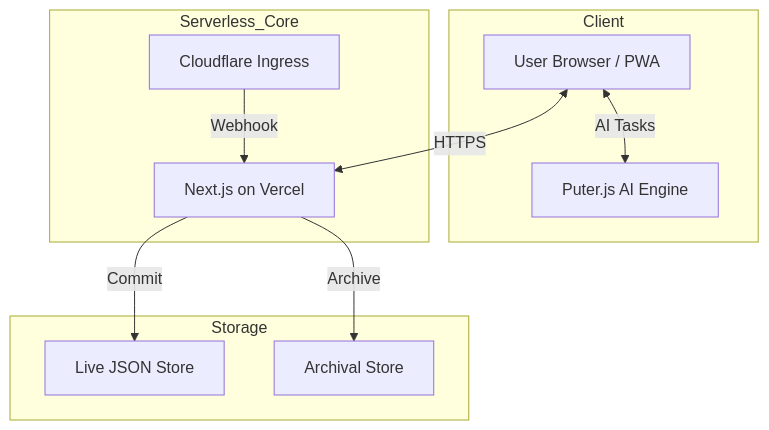
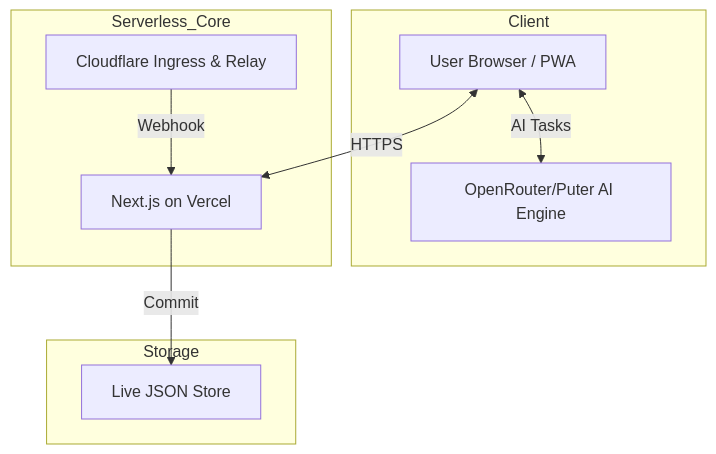
Before and after one commit to cybe4sent1nel/mailcroc: the diagram in README.md, drawn with Mermaid. The commit also changed other lines of this file and 9 other files, not shown here.

````diff
--- a/README.md
+++ b/README.md
@@ -57,24 +60,22 @@
 ```mermaid
 graph TD
     subgraph Client
         Browser[User Browser / PWA]
-        AI[Puter.js AI Engine]
+        AI[OpenRouter/Puter AI Engine]
     end
 
     subgraph Serverless_Core
         Vercel[Next.js on Vercel]
-        CF_Worker[Cloudflare Ingress]
+        CF_Worker[Cloudflare Ingress & Relay]
     end
 
     subgraph Storage
         GitHub_Repo[Live JSON Store]
-        GitHub_Releases[Archival Store]
     end
 
     %% Flows
     Browser <-->|HTTPS| Vercel
     CF_Worker -->|Webhook| Vercel
     Vercel -->|Commit| GitHub_Repo
-    Vercel -->|Archive| GitHub_Releases
     Browser <-->|AI Tasks| AI
 ```
````
